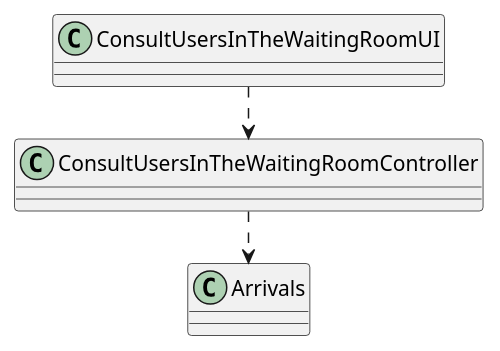
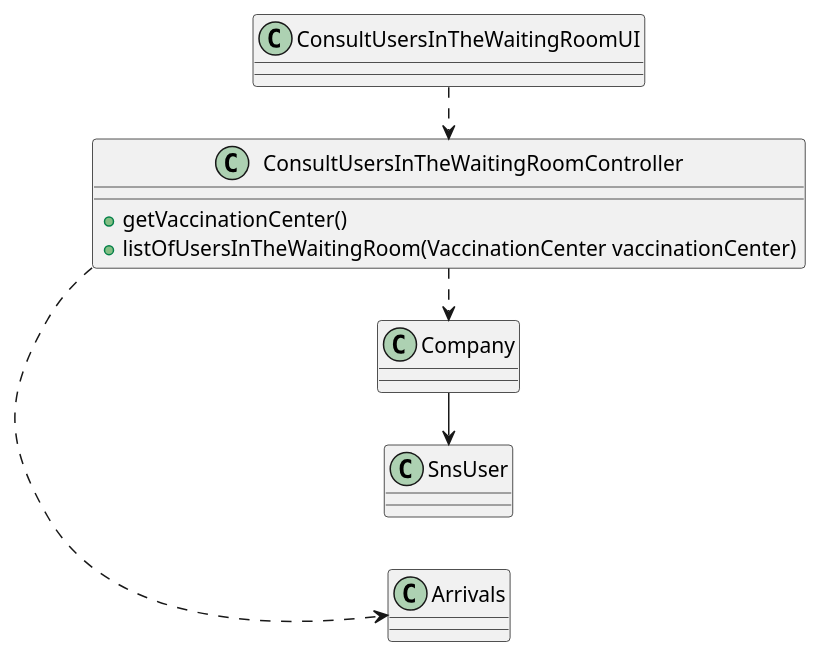
One commit to Pirussa/lei-22-s2-1da-g02 changed the diagram in docs/SprintC/US005/US005_CD.puml. Above: the diagram before and after it, drawn with PlantUML. The commit also changed 10 other files, not shown here.

Commit message:
US005 - Implementation/Tests - New problem 80% solved on both UI and Controller. Tests 100% done. US005 - Modularization - Class Diagram, Domain Model Excerpt and SSD updates. Documentation updates (Design).

```diff
--- a/docs/SprintC/US005/US005_CD.puml
+++ b/docs/SprintC/US005/US005_CD.puml
@@ -1,19 +1,29 @@
 @startuml
 'https://plantuml.com/class-diagram
 
 
 
 
 class ConsultUsersInTheWaitingRoomUI
 
-class ConsultUsersInTheWaitingRoomController
+class ConsultUsersInTheWaitingRoomController{
++getVaccinationCenter()
++listOfUsersInTheWaitingRoom(VaccinationCenter vaccinationCenter)
+}
 
 class Arrivals
+
+class Company
+
+class SnsUser
 
 
 left to right direction
 
 ConsultUsersInTheWaitingRoomUI .> ConsultUsersInTheWaitingRoomController
 ConsultUsersInTheWaitingRoomController .> Arrivals
+ConsultUsersInTheWaitingRoomController .> Company
+Company -> SnsUser
+
 
 @enduml
```
